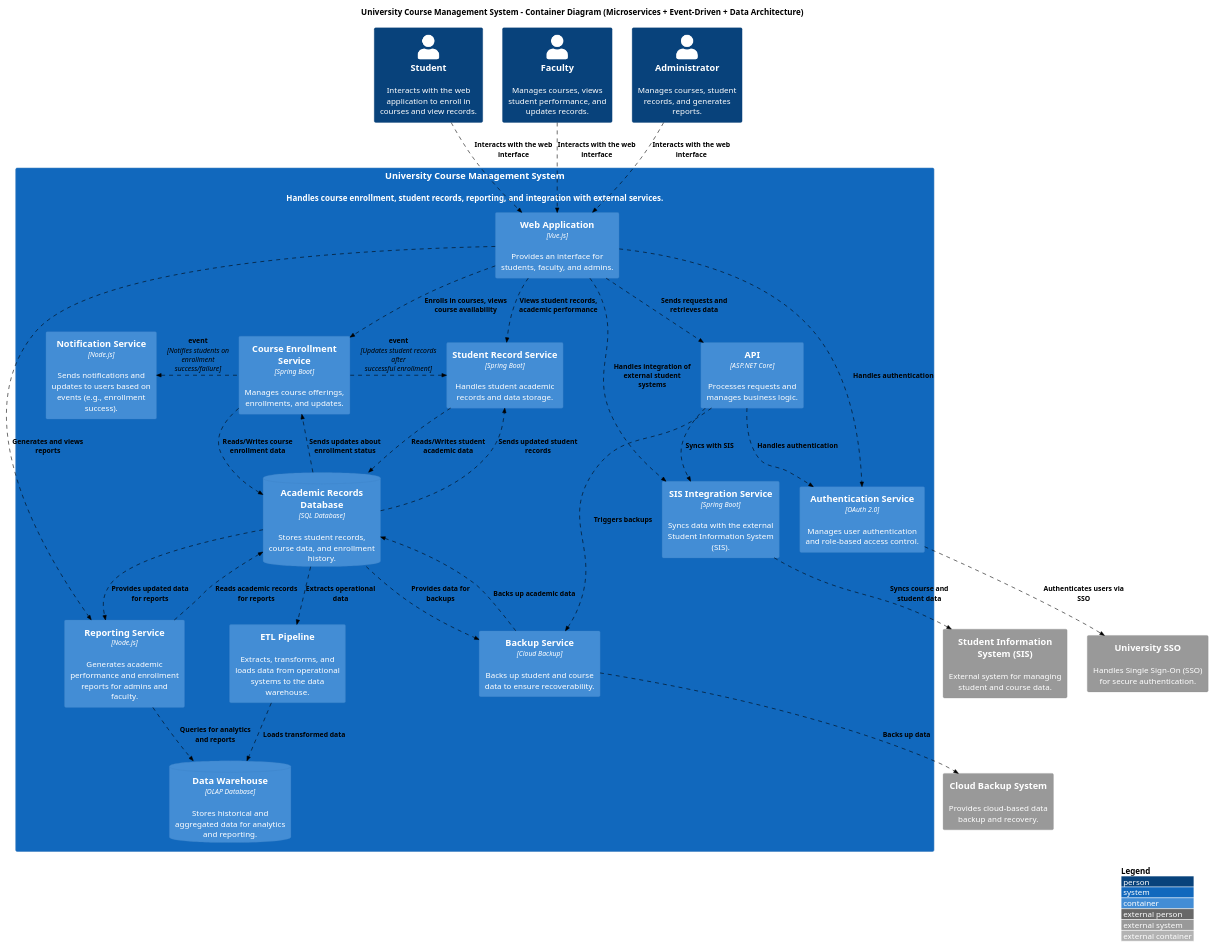
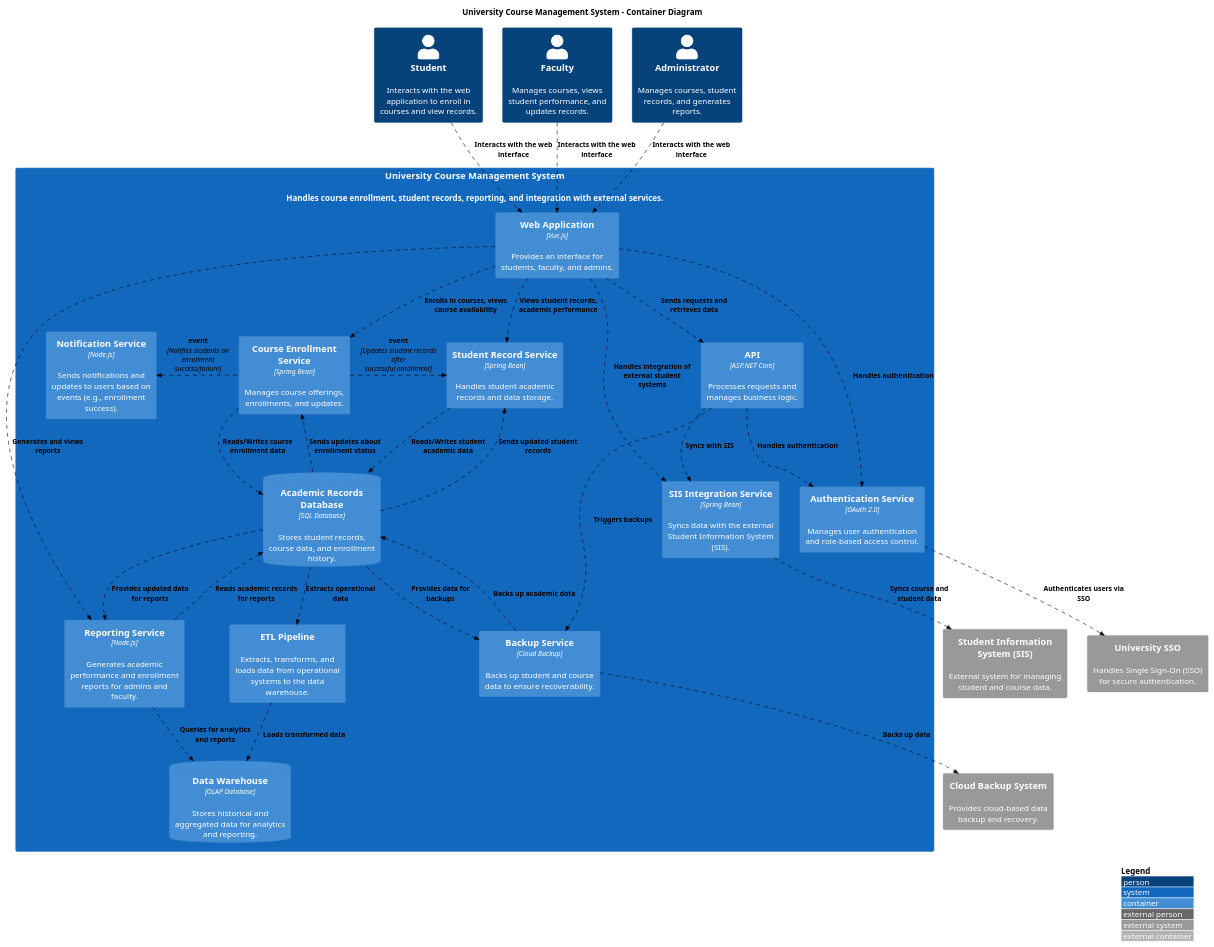
One commit to Mukundks2004/SoftwareArchC4Group changed the diagram in System Container (DATA2).puml. Above: the diagram before and after it, drawn with PlantUML. The commit also changed 9 other files, not shown here.

Commit message:
Updated Container Diagram (WIP)

```diff
--- a/System Container (DATA2).puml
+++ b/System Container (DATA2).puml
@@ -1,92 +1,91 @@
 @startuml University Course Management System - Data Architecture Integration
 !include https://raw.githubusercontent.com/kirchsth/C4-PlantUML/extended/C4_Container.puml
 
 AddRelTag("sync", $textColor="black", $lineColor="black", $lineStyle = DashedLine())
 AddRelTag("event", $textColor="blue", $lineColor="blue", $lineStyle = DottedLine())
 
 LAYOUT_WITH_LEGEND()
 
-title University Course Management System - Container Diagram (Microservices + Event-Driven + Data Architecture)
-
+title University Course Management System - Container Diagram
 skinparam Arrow {
   FontColor black
   CaptionFontStyle bold
   Color black
   Style dashed
 }
 
 ' Define external users (actors)
 Person(student, "Student", "Interacts with the web application to enroll in courses and view records.")
 Person(faculty, "Faculty", "Manages courses, views student performance, and updates records.")
 Person(admin, "Administrator", "Manages courses, student records, and generates reports.")
 
 ' Define the main system - Microservices Architecture
 System(UCMS, "University Course Management System", "Handles course enrollment, student records, reporting, and integration with external services.") {
 
     ' Containers (Microservices)
     Container(webApp, "Web Application", "Vue.js", "Provides an interface for students, faculty, and admins.")
     Container(api, "API", "ASP.NET Core", "Processes requests and manages business logic.")
-    Container(courseService, "Course Enrollment Service", "Spring Boot", "Manages course offerings, enrollments, and updates.")
-    Container(studentService, "Student Record Service", "Spring Boot", "Handles student academic records and data storage.")
-    Container(sisIntegration, "SIS Integration Service", "Spring Boot", "Syncs data with the external Student Information System (SIS).")
+    Container(courseService, "Course Enrollment Service", "Spring Bean", "Manages course offerings, enrollments, and updates.")
+    Container(studentService, "Student Record Service", "Spring Bean", "Handles student academic records and data storage.")
+    Container(sisIntegration, "SIS Integration Service", "Spring Bean", "Syncs data with the external Student Information System (SIS).")
     Container(reportingService, "Reporting Service", "Node.js", "Generates academic performance and enrollment reports for admins and faculty.")
     Container(authService, "Authentication Service", "OAuth 2.0", "Manages user authentication and role-based access control.")
     Container(notificationService, "Notification Service", "Node.js", "Sends notifications and updates to users based on events (e.g., enrollment success).")
     Container(backupService, "Backup Service", "Cloud Backup", "Backs up student and course data to ensure recoverability.")
     ContainerDb(academicDb, "Academic Records Database", "SQL Database", "Stores student records, course data, and enrollment history.")
     ContainerDb(dataWarehouse, "Data Warehouse", "OLAP Database", "Stores historical and aggregated data for analytics and reporting.")
     Container(etlPipeline, "ETL Pipeline", "", "Extracts, transforms, and loads data from operational systems to the data warehouse.")
     
 }
 
 ' Define external systems (Services)
 System_Ext(SIS, "Student Information System (SIS)", "External system for managing student and course data.")
 System_Ext(backupSystem, "Cloud Backup System", "Provides cloud-based data backup and recovery.")
 System_Ext(authSystem, "University SSO", "Handles Single Sign-On (SSO) for secure authentication.")
 
 ' Define relationships between users and containers
 Rel(student, webApp, "Interacts with the web interface", $tags="sync")
 Rel(faculty, webApp, "Interacts with the web interface", $tags="sync")
 Rel(admin, webApp, "Interacts with the web interface", $tags="sync")
 
 ' Relationships between web application and microservices
 Rel(webApp, courseService, "Enrolls in courses, views course availability", $tags="sync")
 Rel(webApp, studentService, "Views student records, academic performance", $tags="sync")
 Rel(webApp, reportingService, "Generates and views reports", $tags="sync")
 Rel(webApp, authService, "Handles authentication", $tags="sync")
 Rel(backupService, backupSystem, "Backs up data", $tags="sync")
 Rel(webApp, sisIntegration, "Handles integration of external student systems", $tags="sync")
 
 ' Event-driven architecture: Interactions triggered by events
 Rel_L(courseService, notificationService, event, "Notifies students on enrollment success/failure", $tags="sync")
 Rel_R(courseService, studentService, event, "Updates student records after successful enrollment", $tags="sync")
 
 ' Relationships between microservices and external systems
 Rel(sisIntegration, SIS, "Syncs course and student data", $tags="sync")
 Rel(authService, authSystem, "Authenticates users via SSO", $tags="sync")
 
 ' Relationships between API and systems
 Rel(webApp, api, "Sends requests and retrieves data", $tags="sync")
 Rel(api, sisIntegration, "Syncs with SIS", $tags="sync")
 Rel(api, authService, "Handles authentication", $tags="sync")
 Rel(api, backupService, "Triggers backups", $tags="sync")
 
 ' Relationships between microservices and database
 Rel(courseService, academicDb, "Reads/Writes course enrollment data", $tags="sync")
 Rel_D(academicDb, courseService, "Sends updates about enrollment status", $tags="sync")
 
 Rel(studentService, academicDb, "Reads/Writes student academic data", $tags="sync")
 Rel_D(academicDb, studentService, "Sends updated student records", $tags="sync")
 
 Rel(reportingService, academicDb, "Reads academic records for reports", $tags="sync")
 Rel_D(academicDb, reportingService, "Provides updated data for reports", $tags="sync")
 
 Rel(backupService, academicDb, "Backs up academic data", $tags="sync")
 Rel_D(academicDb, backupService, "Provides data for backups", $tags="sync")
 
 ' Data warehouse integration and ETL pipeline
 Rel(academicDb, etlPipeline, "Extracts operational data", $tags="sync")
 Rel(etlPipeline, dataWarehouse, "Loads transformed data", $tags="sync")
 Rel(reportingService, dataWarehouse, "Queries for analytics and reports", $tags="sync")
 
 @enduml
```
